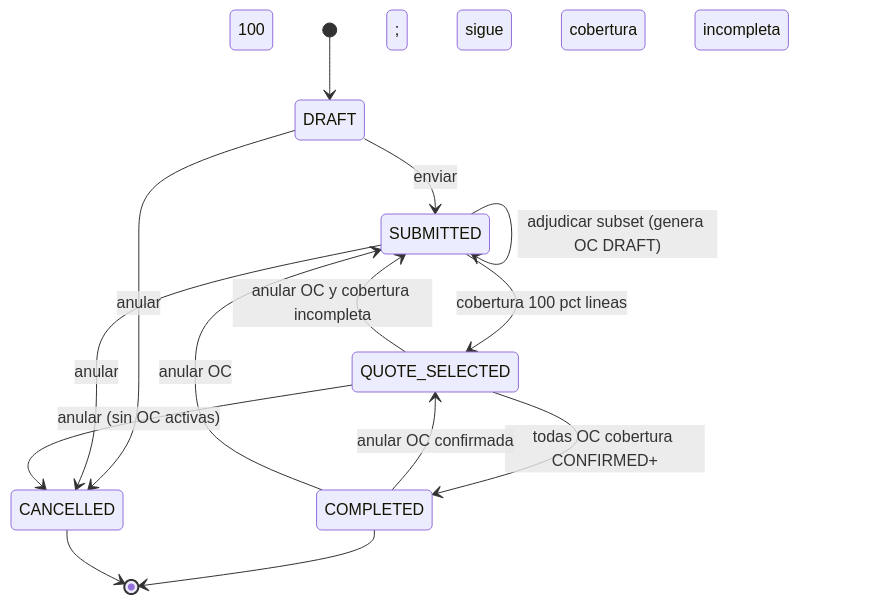
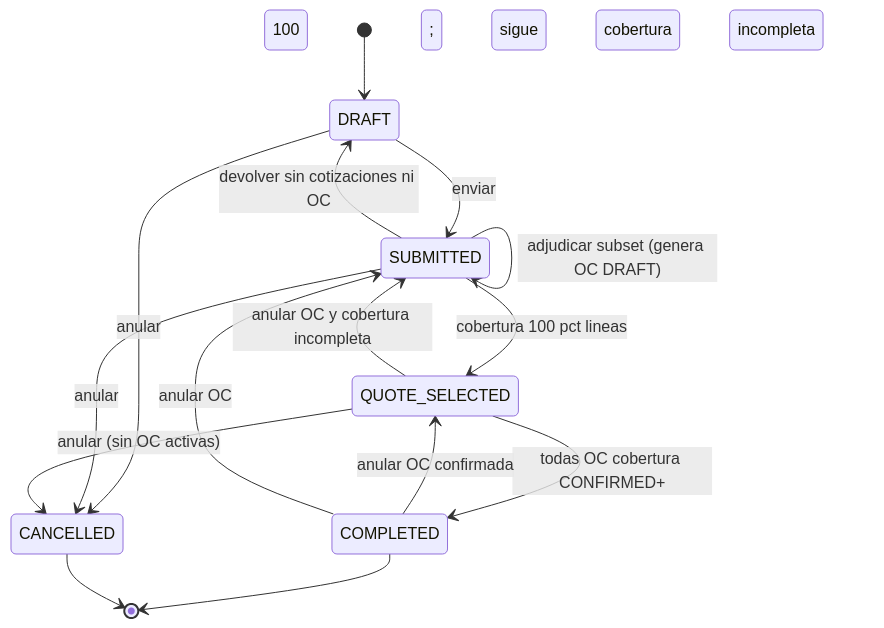
One commit to simonbravin/bloqer-v2 changed the eighth of 30 diagrams in docs/bloqer2.0/01-domain/STATE_MACHINES.md. Above: the diagram before and after it, drawn with Mermaid. The commit also changed other lines of this file and 27 other files, not shown here.

First line of the commit message:
feat(procurement): devolver SC a borrador y editar en DRAFT [BR-PUR-025]

````diff
--- a/docs/bloqer2.0/01-domain/STATE_MACHINES.md
+++ b/docs/bloqer2.0/01-domain/STATE_MACHINES.md
@@ -296,16 +296,17 @@
 ```mermaid
 stateDiagram-v2
   [*] --> DRAFT
   DRAFT --> SUBMITTED : enviar
   DRAFT --> CANCELLED : anular
+  SUBMITTED --> DRAFT : devolver sin cotizaciones ni OC
   SUBMITTED --> SUBMITTED : adjudicar subset (genera OC DRAFT)
   SUBMITTED --> QUOTE_SELECTED : cobertura 100 pct lineas
   SUBMITTED --> CANCELLED : anular
   QUOTE_SELECTED --> COMPLETED : todas OC cobertura CONFIRMED+
   QUOTE_SELECTED --> SUBMITTED : anular OC y cobertura incompleta
   QUOTE_SELECTED --> CANCELLED : anular (sin OC activas)
   COMPLETED --> QUOTE_SELECTED : anular OC confirmada; sigue cobertura 100
   COMPLETED --> SUBMITTED : anular OC; cobertura incompleta
   COMPLETED --> [*]
   CANCELLED --> [*]
 ```
````
